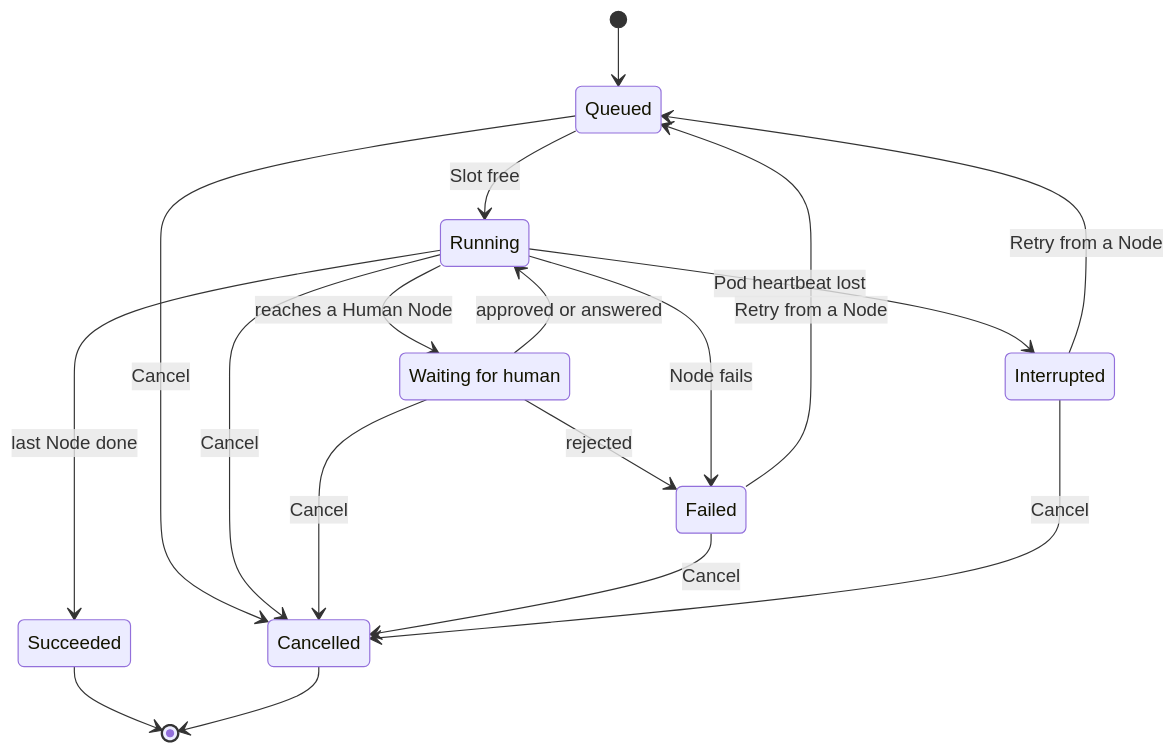
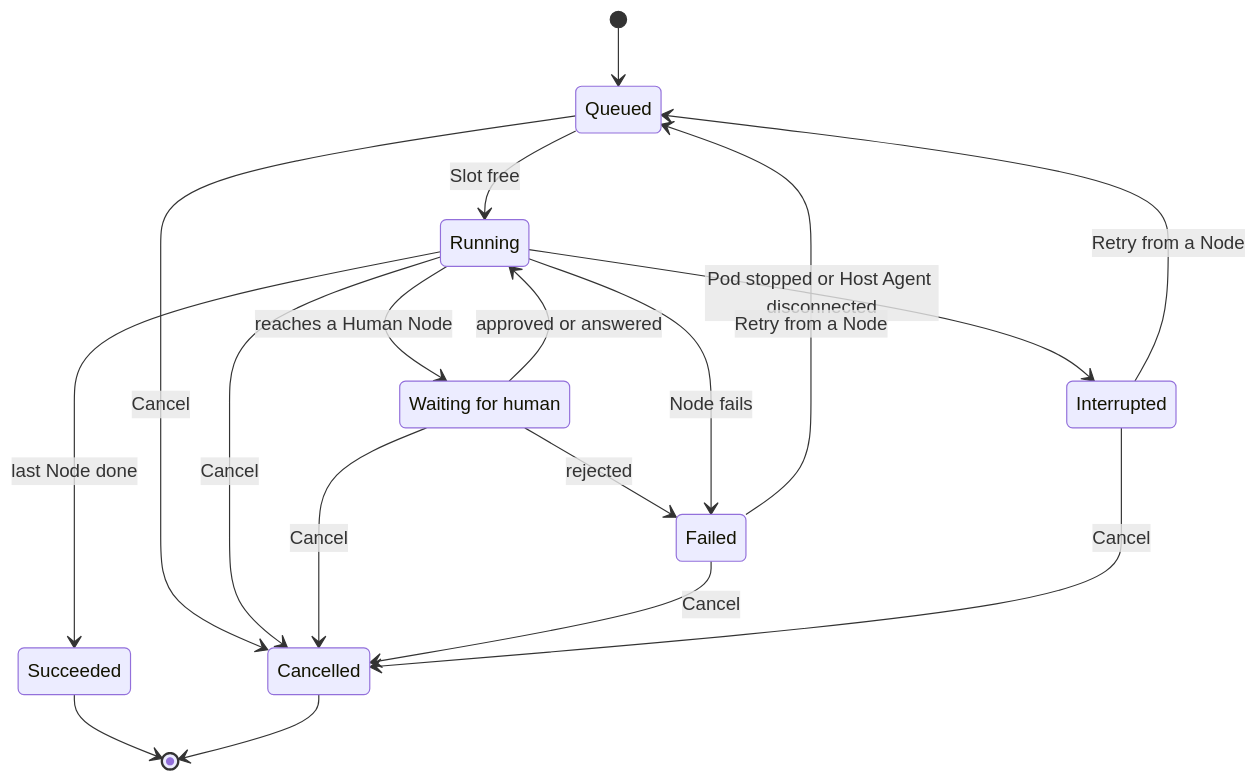
One commit to toinguyen-agilityio/clauderon changed the third of 3 diagrams in docs/requirements/final/v1-requirements.md. Above: the diagram before and after it, drawn with Mermaid. The commit also changed other lines of this file and 8 other files, not shown here.

````diff
--- a/docs/requirements/final/v1-requirements.md
+++ b/docs/requirements/final/v1-requirements.md
@@ -192,21 +207,21 @@
 ```mermaid
 stateDiagram-v2
   [*] --> Queued
   Queued --> Running: Slot free
   Running --> WaitingForHuman: reaches a Human Node
   WaitingForHuman --> Running: approved or answered
   WaitingForHuman --> Failed: rejected
   Running --> Succeeded: last Node done
   Running --> Failed: Node fails
-  Running --> Interrupted: Pod heartbeat lost
+  Running --> Interrupted: Pod stopped or Host Agent disconnected
   Failed --> Queued: Retry from a Node
   Interrupted --> Queued: Retry from a Node
   Queued --> Cancelled: Cancel
   Running --> Cancelled: Cancel
   WaitingForHuman --> Cancelled: Cancel
   Failed --> Cancelled: Cancel
   Interrupted --> Cancelled: Cancel
   Succeeded --> [*]
   Cancelled --> [*]
   WaitingForHuman: Waiting for human
 ```
````
